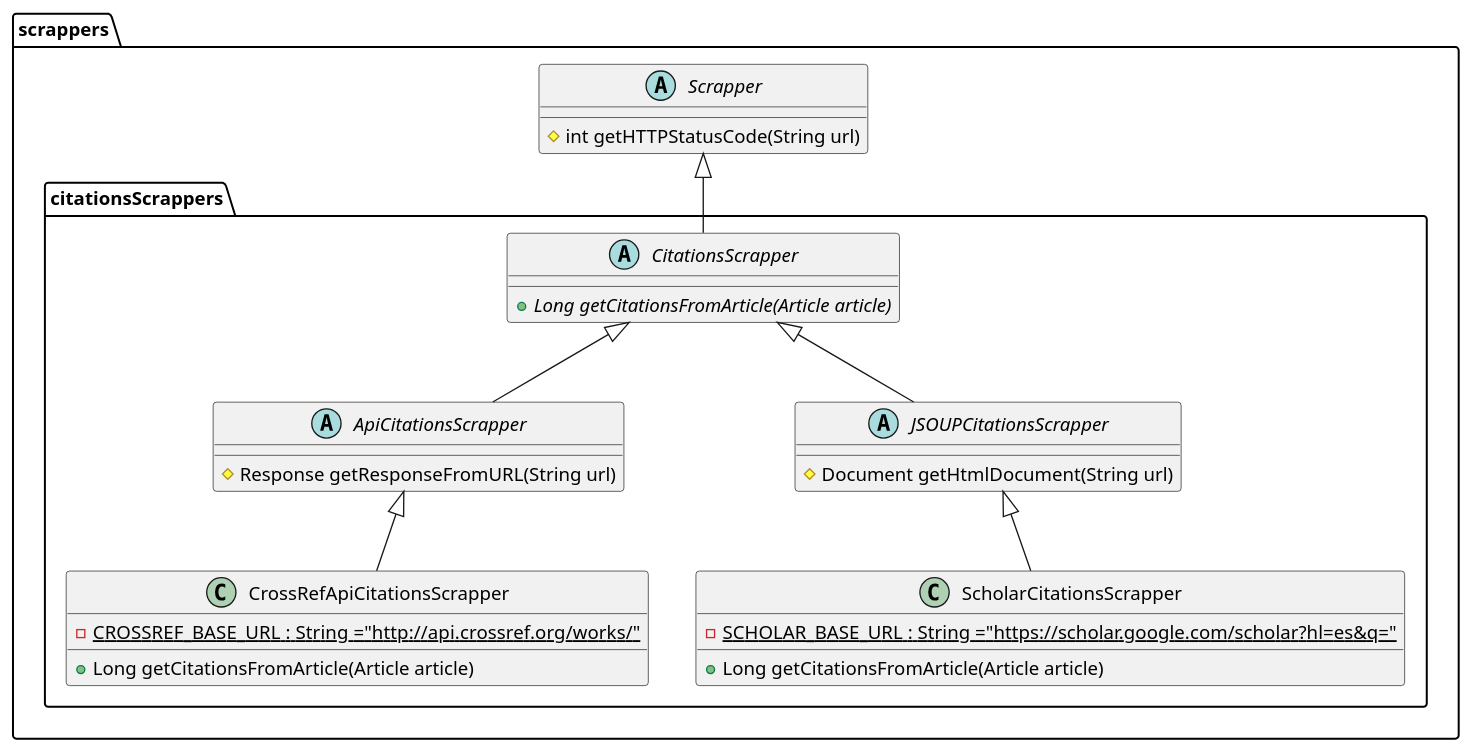
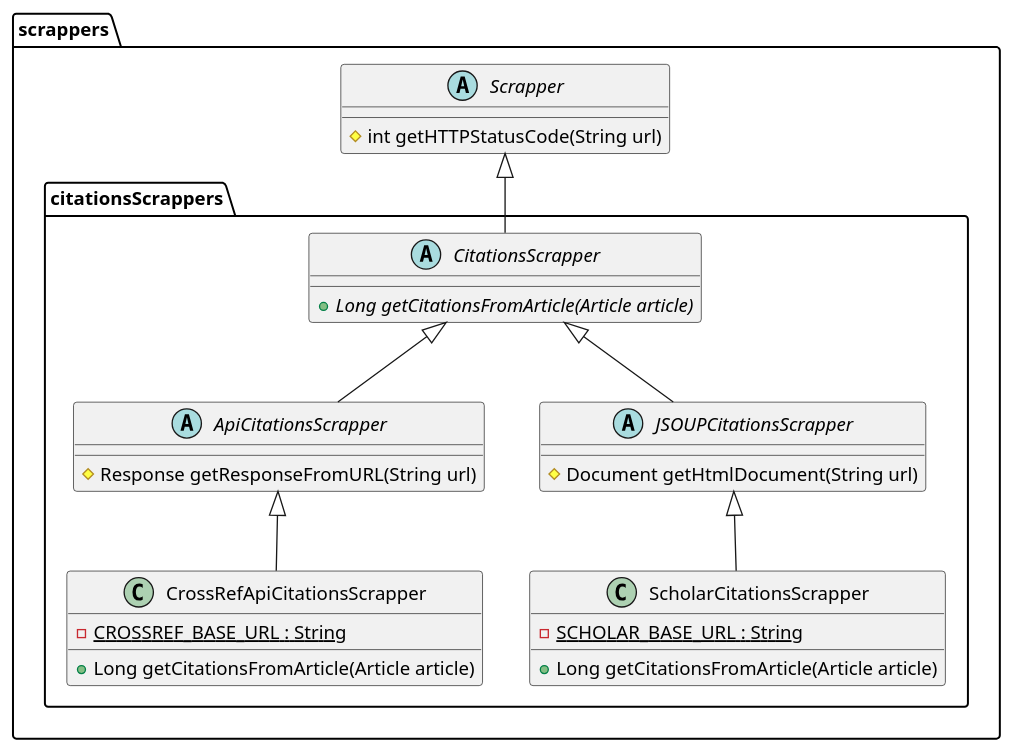
The diagram in Documentation/CitationsScrappers.puml (Dimonra13/MyDOIInfo), drawn with PlantUML before and after one commit. The commit also changed 4 other files, not shown here.

Commit message:
Documentation diagrams updated

```diff
--- a/Documentation/CitationsScrappers.puml
+++ b/Documentation/CitationsScrappers.puml
@@ -1,39 +1,39 @@
 @startuml
 'https://plantuml.com/class-diagram
 package scrappers {
 
 abstract class Scrapper {
     # int getHTTPStatusCode(String url)
 }
 
 package citationsScrappers {
     abstract class CitationsScrapper {
         + {abstract} Long getCitationsFromArticle(Article article)
     }
 
     abstract class ApiCitationsScrapper {
         # Response getResponseFromURL(String url)
     }
     class CrossRefApiCitationsScrapper {
-        - {static} CROSSREF_BASE_URL : String  ="http://api.crossref.org/works/"
+        - {static} CROSSREF_BASE_URL : String
         + Long getCitationsFromArticle(Article article)
     }
 
     abstract class JSOUPCitationsScrapper {
         # Document getHtmlDocument(String url)
     }
     class ScholarCitationsScrapper {
-        - {static} SCHOLAR_BASE_URL : String ="https://scholar.google.com/scholar?hl=es&q="
+        - {static} SCHOLAR_BASE_URL : String
         + Long getCitationsFromArticle(Article article)
     }
 
     CitationsScrapper <|-- ApiCitationsScrapper
     ApiCitationsScrapper <|-- CrossRefApiCitationsScrapper
     CitationsScrapper <|-- JSOUPCitationsScrapper
     JSOUPCitationsScrapper <|-- ScholarCitationsScrapper
 }
 
 Scrapper <|-- CitationsScrapper
 
 }
 @enduml
```
